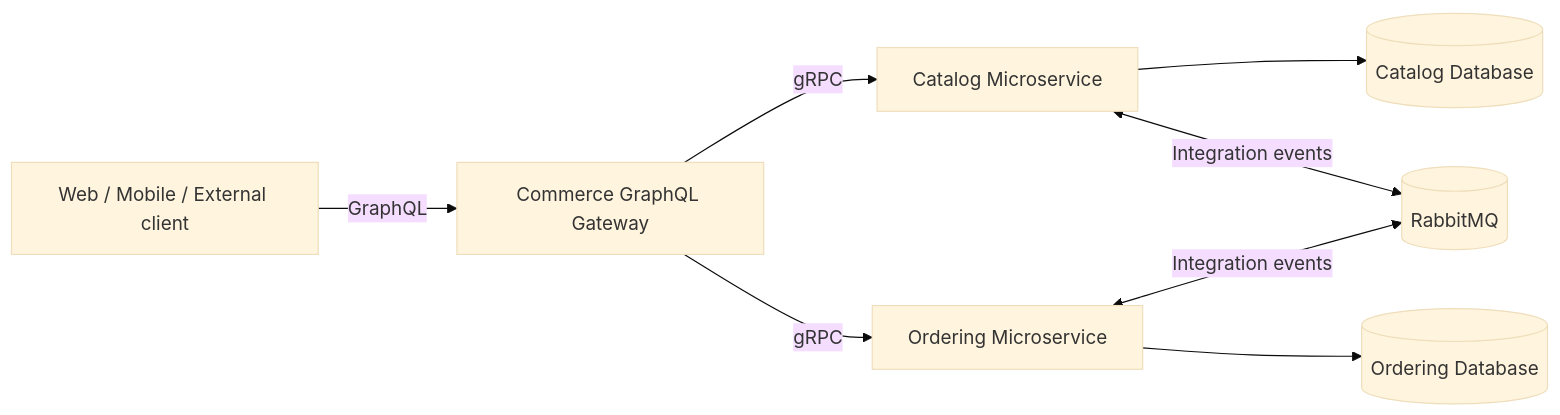
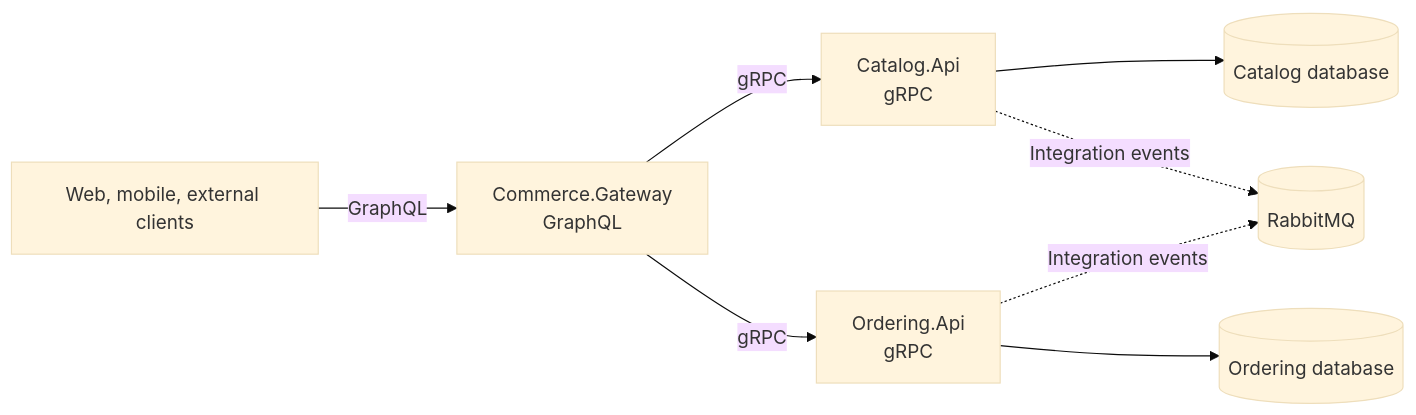
One commit to vixtruong/commerce-microservices-template changed the diagram in README.md. Above: the diagram before and after it, drawn with Mermaid (base theme). The commit also changed other lines of this file, not shown here.

Commit message:
docs(readme): document commerce template

````diff
--- a/README.md
+++ b/README.md
@@ -27,18 +9,18 @@
 ```mermaid
 flowchart LR
-    Client[Web / Mobile / External client]
-    Gateway[Commerce GraphQL Gateway]
-    Catalog[Catalog Microservice]
-    Ordering[Ordering Microservice]
-    CatalogDb[(Catalog Database)]
-    OrderingDb[(Ordering Database)]
-    RabbitMQ[(RabbitMQ)]
+    Client["Web, mobile, external clients"]
+    Gateway["Commerce.Gateway<br/>GraphQL"]
+    CatalogApi["Catalog.Api<br/>gRPC"]
+    OrderingApi["Ordering.Api<br/>gRPC"]
+    CatalogDb[("Catalog database")]
+    OrderingDb[("Ordering database")]
+    RabbitMQ[("RabbitMQ")]
 
-    Client -->|GraphQL| Gateway
-    Gateway -->|gRPC| Catalog
-    Gateway -->|gRPC| Ordering
-    Catalog --> CatalogDb
-    Ordering --> OrderingDb
-    Catalog <-->|Integration events| RabbitMQ
-    Ordering <-->|Integration events| RabbitMQ
+    Client -->|"GraphQL"| Gateway
+    Gateway -->|"gRPC"| CatalogApi
+    Gateway -->|"gRPC"| OrderingApi
+    CatalogApi --> CatalogDb
+    OrderingApi --> OrderingDb
+    CatalogApi -. "Integration events" .-> RabbitMQ
+    OrderingApi -. "Integration events" .-> RabbitMQ
 ```
````
